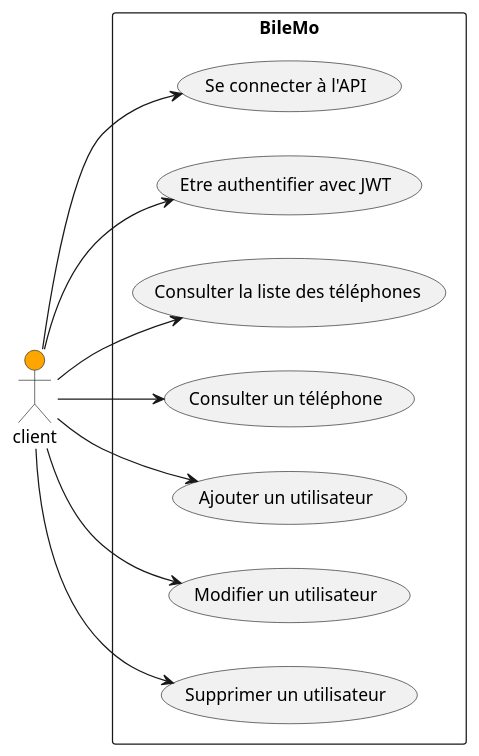
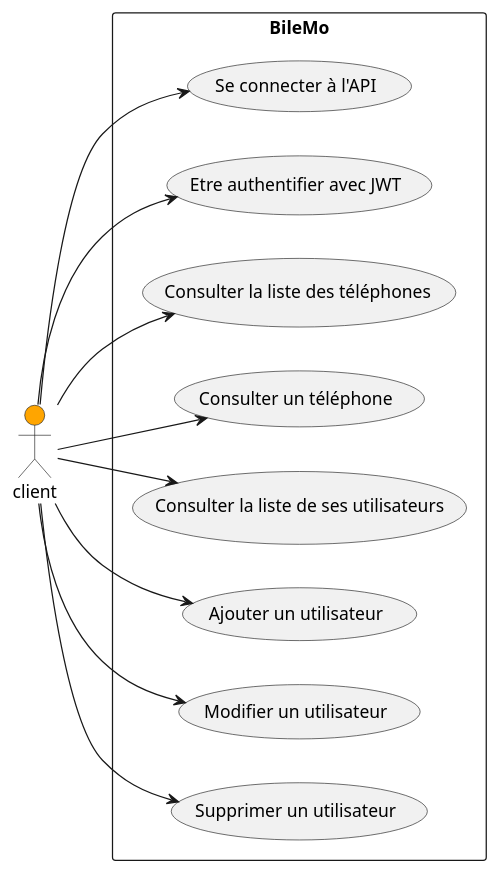
The diagram in diagrams-uml/UserCase/Client.puml (laurasullyalexandrine/BileMo), drawn with PlantUML before and after one commit.

```diff
--- a/diagrams-uml/UserCase/Client.puml
+++ b/diagrams-uml/UserCase/Client.puml
@@ -1,27 +1,29 @@
 @startuml Client
 
 left to right direction
 
 actor "client" as client #Orange
 
 rectangle BileMo {
 
   usecase "Se connecter à l'API" as UC1
   usecase "Etre authentifier avec JWT" as UC2
   usecase "Consulter la liste des téléphones" as UC3
   usecase "Consulter un téléphone" as UC4
-  usecase "Ajouter un utilisateur" as UC5
-  usecase "Modifier un utilisateur" as UC6
-  usecase "Supprimer un utilisateur" as UC7
+  usecase "Consulter la liste de ses utilisateurs" as UC5
+  usecase "Ajouter un utilisateur" as UC6
+  usecase "Modifier un utilisateur" as UC7
+  usecase "Supprimer un utilisateur" as UC8
 
 }
 
 client --> UC1
 client --> UC2
 client --> UC3
 client --> UC4
 client --> UC5
 client --> UC6
 client --> UC7
+client --> UC8
 
 @enduml
```
